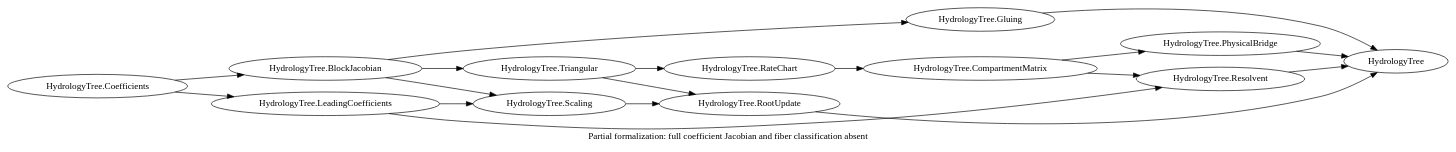
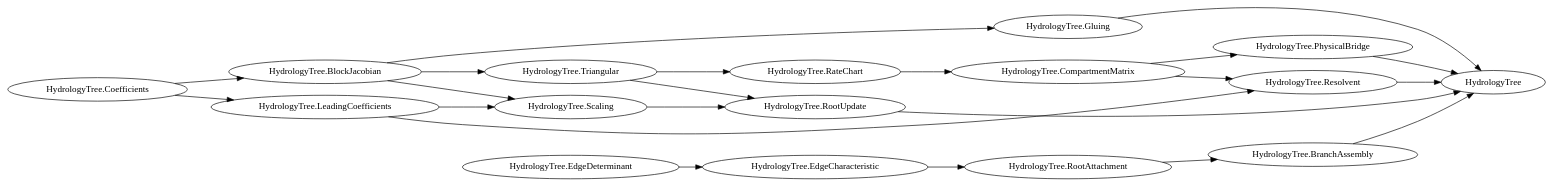
One commit to mxym/math changed the diagram in formalizations/hydrology-tree-core/DEPENDENCIES.dot. Above: the diagram before and after it, drawn with Graphviz. The commit also changed 19 other files, not shown here.

Commit message:
Prove actual matrix characteristic and cofactor attachment for arbitrary finite branches (partial Lean)

```diff
--- a/formalizations/hydrology-tree-core/DEPENDENCIES.dot
+++ b/formalizations/hydrology-tree-core/DEPENDENCIES.dot
@@ -1,21 +1,24 @@
-digraph HydrologyTreePartial {
-  rankdir=LR;
-  label="Partial formalization: full coefficient Jacobian and fiber classification absent";
-  "HydrologyTree.Coefficients" -> "HydrologyTree.LeadingCoefficients";
-  "HydrologyTree.Coefficients" -> "HydrologyTree.BlockJacobian";
-  "HydrologyTree.LeadingCoefficients" -> "HydrologyTree.Scaling";
-  "HydrologyTree.BlockJacobian" -> "HydrologyTree.Scaling";
-  "HydrologyTree.BlockJacobian" -> "HydrologyTree.Triangular";
-  "HydrologyTree.BlockJacobian" -> "HydrologyTree.Gluing";
-  "HydrologyTree.Scaling" -> "HydrologyTree.RootUpdate";
-  "HydrologyTree.Triangular" -> "HydrologyTree.RootUpdate";
-  "HydrologyTree.Triangular" -> "HydrologyTree.RateChart";
-  "HydrologyTree.RateChart" -> "HydrologyTree.CompartmentMatrix";
-  "HydrologyTree.CompartmentMatrix" -> "HydrologyTree.PhysicalBridge";
-  "HydrologyTree.CompartmentMatrix" -> "HydrologyTree.Resolvent";
-  "HydrologyTree.LeadingCoefficients" -> "HydrologyTree.Resolvent";
-  "HydrologyTree.Gluing" -> "HydrologyTree";
-  "HydrologyTree.RootUpdate" -> "HydrologyTree";
-  "HydrologyTree.PhysicalBridge" -> "HydrologyTree";
-  "HydrologyTree.Resolvent" -> "HydrologyTree";
+digraph PartialTreeProof {
+rankdir=LR;
+"HydrologyTree.Coefficients" -> "HydrologyTree.LeadingCoefficients";
+"HydrologyTree.Coefficients" -> "HydrologyTree.BlockJacobian";
+"HydrologyTree.LeadingCoefficients" -> "HydrologyTree.Scaling";
+"HydrologyTree.BlockJacobian" -> "HydrologyTree.Scaling";
+"HydrologyTree.BlockJacobian" -> "HydrologyTree.Triangular";
+"HydrologyTree.BlockJacobian" -> "HydrologyTree.Gluing";
+"HydrologyTree.Scaling" -> "HydrologyTree.RootUpdate";
+"HydrologyTree.Triangular" -> "HydrologyTree.RootUpdate";
+"HydrologyTree.Triangular" -> "HydrologyTree.RateChart";
+"HydrologyTree.RateChart" -> "HydrologyTree.CompartmentMatrix";
+"HydrologyTree.CompartmentMatrix" -> "HydrologyTree.PhysicalBridge";
+"HydrologyTree.CompartmentMatrix" -> "HydrologyTree.Resolvent";
+"HydrologyTree.LeadingCoefficients" -> "HydrologyTree.Resolvent";
+"HydrologyTree.EdgeDeterminant" -> "HydrologyTree.EdgeCharacteristic";
+"HydrologyTree.EdgeCharacteristic" -> "HydrologyTree.RootAttachment";
+"HydrologyTree.RootAttachment" -> "HydrologyTree.BranchAssembly";
+"HydrologyTree.Gluing" -> "HydrologyTree";
+"HydrologyTree.RootUpdate" -> "HydrologyTree";
+"HydrologyTree.PhysicalBridge" -> "HydrologyTree";
+"HydrologyTree.Resolvent" -> "HydrologyTree";
+"HydrologyTree.BranchAssembly" -> "HydrologyTree";
 }
```
